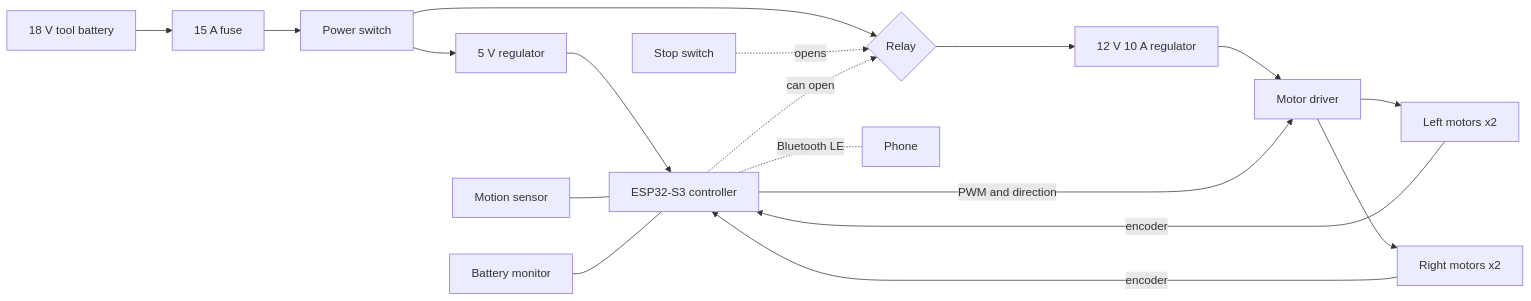
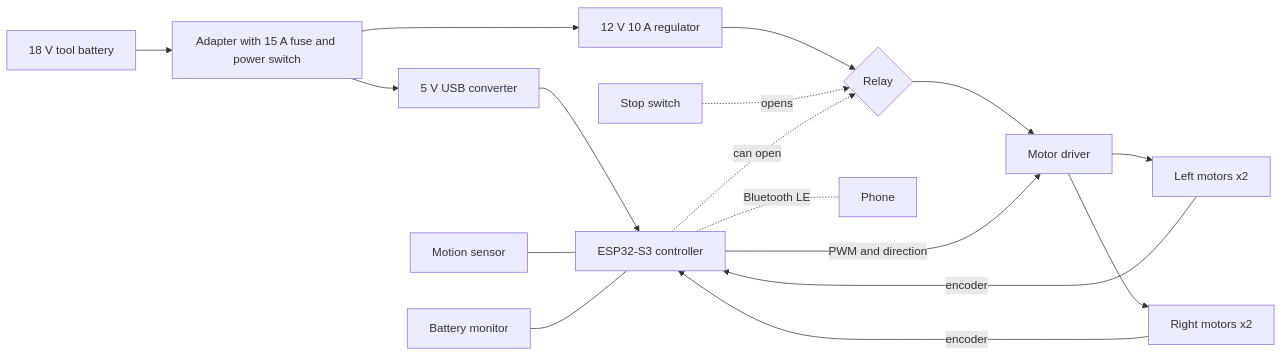
The first of 2 diagrams in robot/DESIGN.md (JackRolfe/rangeops-golf), drawn with Mermaid before and after one commit. The commit also changed other lines of this file and 21 other files, not shown here.

````diff
--- a/robot/DESIGN.md
+++ b/robot/DESIGN.md
@@ -69,18 +79,18 @@
 ```mermaid
 flowchart LR
-  B[18 V tool battery] --> F[15 A fuse] --> S[Power switch]
-  S --> L[5 V regulator]
-  S --> R{Relay}
+  B[18 V tool battery] --> A[Adapter with 15 A fuse and power switch]
+  A --> L[5 V USB converter]
+  A --> M[12 V 10 A regulator] --> R{Relay}
   E[Stop switch] -. opens .-> R
-  R --> M[12 V 10 A regulator] --> D[Motor driver]
+  R --> D[Motor driver]
   D --> ML[Left motors x2]
   D --> MR[Right motors x2]
   L --> C[ESP32-S3 controller]
   C -. can open .-> R
   C -- PWM and direction --> D
   ML -- encoder --> C
   MR -- encoder --> C
   I[Motion sensor] --- C
   V[Battery monitor] --- C
   C -. Bluetooth LE .- P[Phone]
 ```
````
